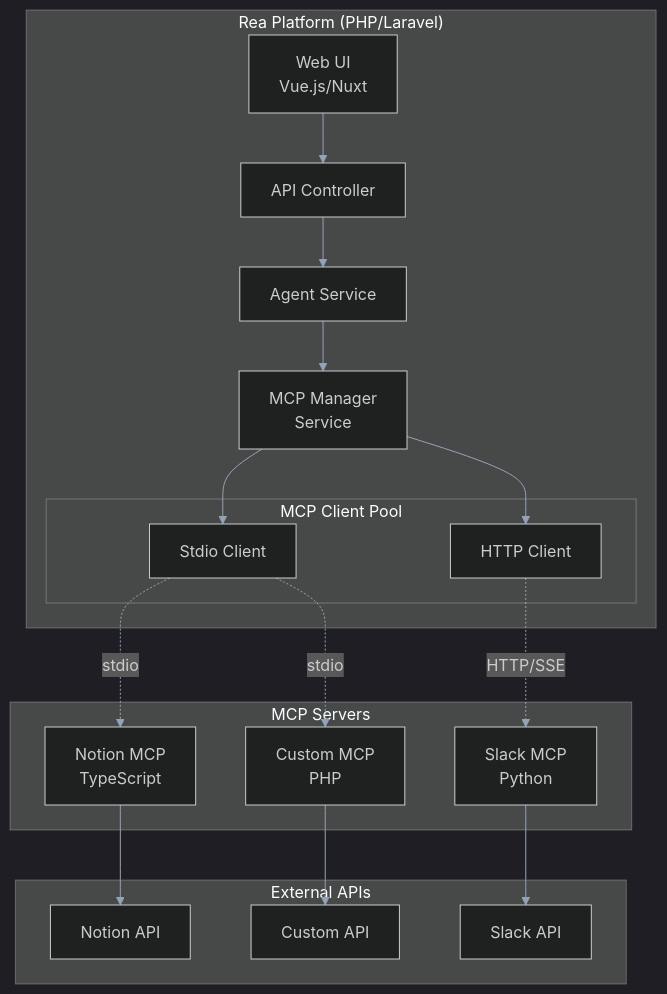
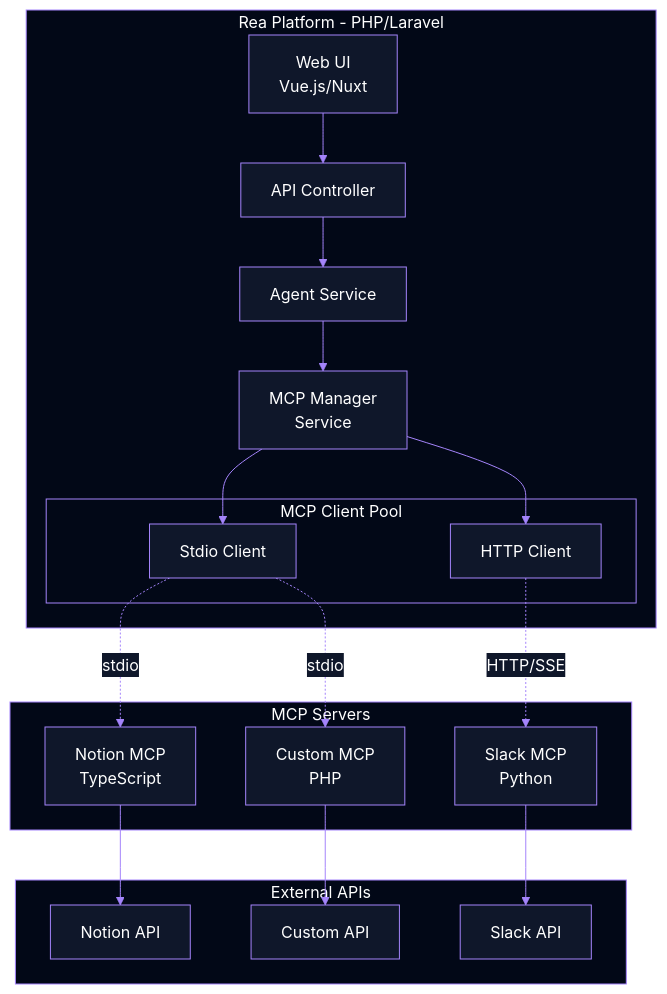
Before and after one commit to rmonsurate/rea-mcp-docs: the diagram in docs/assets/diagrams/mcp-architecture.mmd, drawn with Mermaid. The commit also changed 24 other files, not shown here.

Commit message:
Update diagrams with Rea brand colors, add lightbox, improve resolution

```diff
--- a/docs/assets/diagrams/mcp-architecture.mmd
+++ b/docs/assets/diagrams/mcp-architecture.mmd
@@ -1,37 +1,37 @@
-%%{init: {'theme': 'dark', 'themeVariables': { 'primaryColor': '#6366f1', 'primaryTextColor': '#fff', 'primaryBorderColor': '#818cf8', 'lineColor': '#94a3b8', 'secondaryColor': '#1e293b', 'tertiaryColor': '#334155'}}}%%
+%%{init: {'theme': 'base', 'themeVariables': { 'primaryColor': '#a484fb', 'primaryTextColor': '#ffffff', 'primaryBorderColor': '#a484fb', 'secondaryColor': '#22c55a', 'secondaryTextColor': '#ffffff', 'secondaryBorderColor': '#22c55a', 'tertiaryColor': '#1e293b', 'tertiaryTextColor': '#f8fafc', 'lineColor': '#a484fb', 'textColor': '#f8fafc', 'mainBkg': '#0f172a', 'nodeBorder': '#a484fb', 'clusterBkg': '#020817', 'clusterBorder': '#a484fb', 'titleColor': '#ffffff', 'nodeTextColor': '#ffffff', 'edgeLabelBackground': '#0f172a'}}}%%
 graph TB
-    subgraph Host["Rea Platform (PHP/Laravel)"]
-        UI[Web UI<br/>Vue.js/Nuxt]
-        API[API Controller]
-        AgentService[Agent Service]
-        MCPManager[MCP Manager<br/>Service]
+    subgraph Host["Rea Platform - PHP/Laravel"]
+        UI["Web UI<br/>Vue.js/Nuxt"]
+        API["API Controller"]
+        AgentService["Agent Service"]
+        MCPManager["MCP Manager<br/>Service"]
 
         subgraph Clients["MCP Client Pool"]
-            C1[Stdio Client]
-            C2[HTTP Client]
+            C1["Stdio Client"]
+            C2["HTTP Client"]
         end
     end
 
     subgraph Servers["MCP Servers"]
-        S1[Notion MCP<br/>TypeScript]
-        S2[Slack MCP<br/>Python]
-        S3[Custom MCP<br/>PHP]
+        S1["Notion MCP<br/>TypeScript"]
+        S2["Slack MCP<br/>Python"]
+        S3["Custom MCP<br/>PHP"]
     end
 
     subgraph External["External APIs"]
-        NotionAPI[Notion API]
-        SlackAPI[Slack API]
-        CustomAPI[Custom API]
+        NotionAPI["Notion API"]
+        SlackAPI["Slack API"]
+        CustomAPI["Custom API"]
     end
 
     UI --> API
     API --> AgentService
     AgentService --> MCPManager
     MCPManager --> C1
     MCPManager --> C2
     C1 -.->|stdio| S1
     C1 -.->|stdio| S3
     C2 -.->|HTTP/SSE| S2
     S1 --> NotionAPI
     S2 --> SlackAPI
     S3 --> CustomAPI
```
